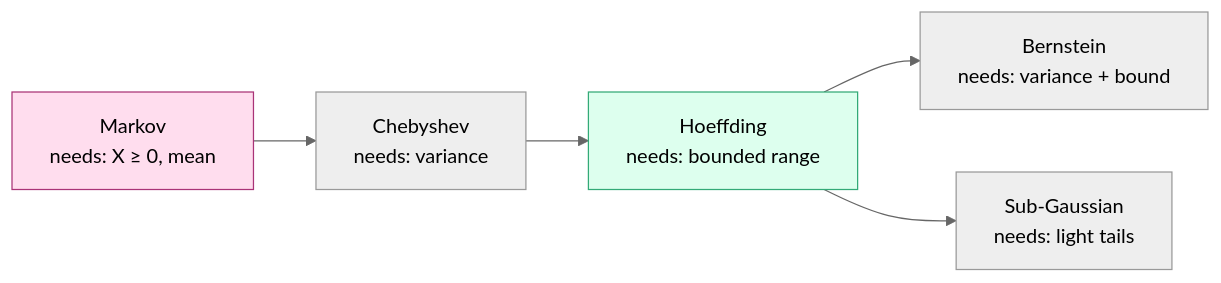
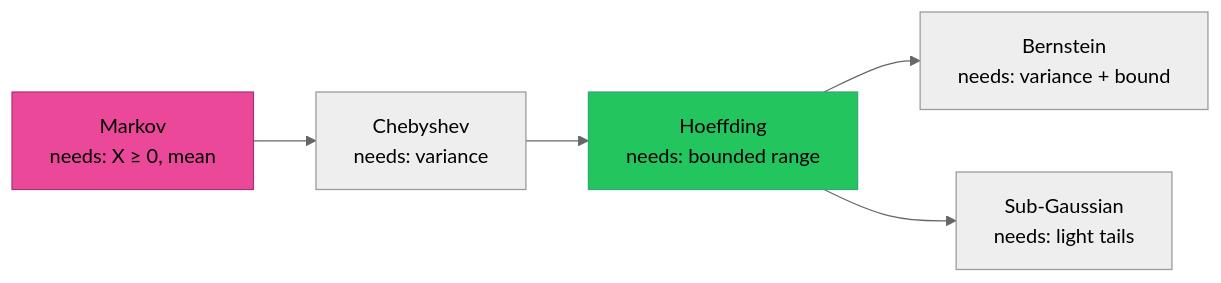
The first of 3 diagrams in ai-ml-encyclopedia/ch42.qmd (kader-xai/kader-xai.github.io), drawn with Mermaid (neutral theme) before and after one commit. The commit also changed other lines of this file and 33 other files, not shown here.

````diff
--- a/ai-ml-encyclopedia/ch42.qmd
+++ b/ai-ml-encyclopedia/ch42.qmd
@@ -163,9 +194,9 @@
 ```{mermaid}
 graph LR
   A["Markov<br/>needs: X ≥ 0, mean"] --> B["Chebyshev<br/>needs: variance"]
   B --> C["Hoeffding<br/>needs: bounded range"]
   C --> D["Bernstein<br/>needs: variance + bound"]
   C --> E["Sub-Gaussian<br/>needs: light tails"]
-  style A fill:#fde,stroke:#a37
-  style C fill:#dfe,stroke:#3a7
+  style A fill:#ec4899,stroke:#a37
+  style C fill:#22c55e,stroke:#3a7
 ```
````
